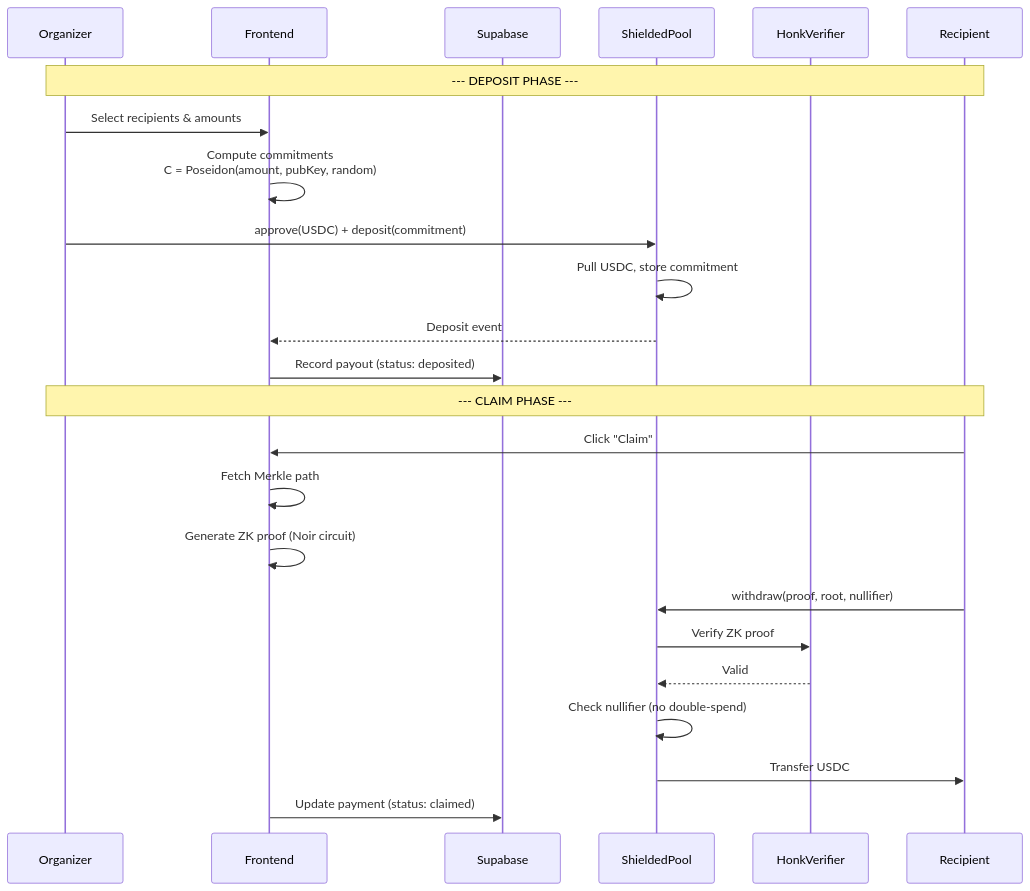
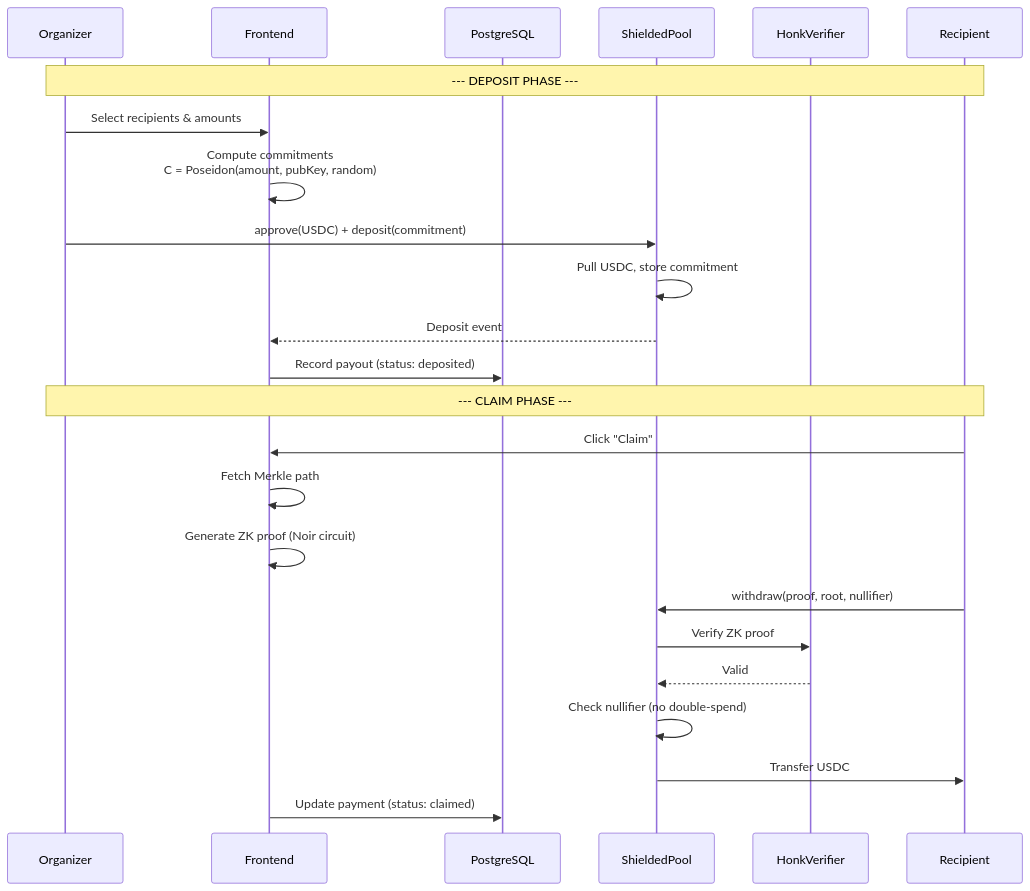
Before and after one commit to 0xj4an/blizkperse: the third of 4 diagrams in README.md, drawn with Mermaid. The commit also changed other lines of this file and 25 other files, not shown here.

Commit message:
feat: add ZK claim flow, contract ABIs, API routes, and merkle utils

````diff
--- a/README.md
+++ b/README.md
@@ -88,28 +90,28 @@
 ```mermaid
 sequenceDiagram
     participant O as Organizer
     participant App as Frontend
-    participant S as Supabase
+    participant S as PostgreSQL
     participant P as ShieldedPool
     participant V as HonkVerifier
     participant R as Recipient
 
     Note over O,R: --- DEPOSIT PHASE ---
     O->>App: Select recipients & amounts
     App->>App: Compute commitments<br/>C = Poseidon(amount, pubKey, random)
     O->>P: approve(USDC) + deposit(commitment)
     P->>P: Pull USDC, store commitment
     P-->>App: Deposit event
     App->>S: Record payout (status: deposited)
 
     Note over O,R: --- CLAIM PHASE ---
     R->>App: Click "Claim"
     App->>App: Fetch Merkle path
     App->>App: Generate ZK proof (Noir circuit)
     R->>P: withdraw(proof, root, nullifier)
     P->>V: Verify ZK proof
     V-->>P: Valid
     P->>P: Check nullifier (no double-spend)
     P->>R: Transfer USDC
     App->>S: Update payment (status: claimed)
 ```
````
